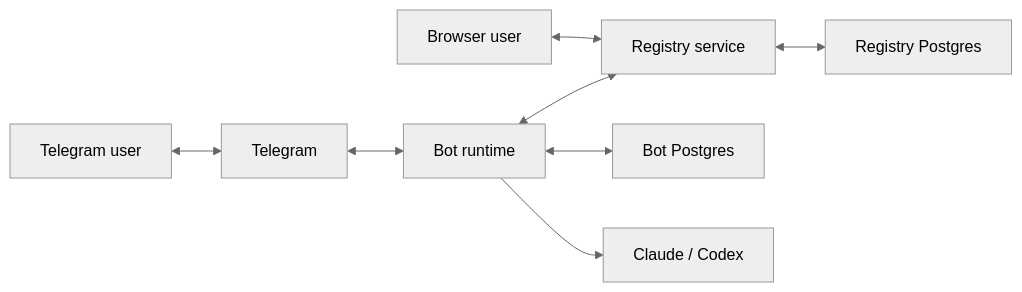
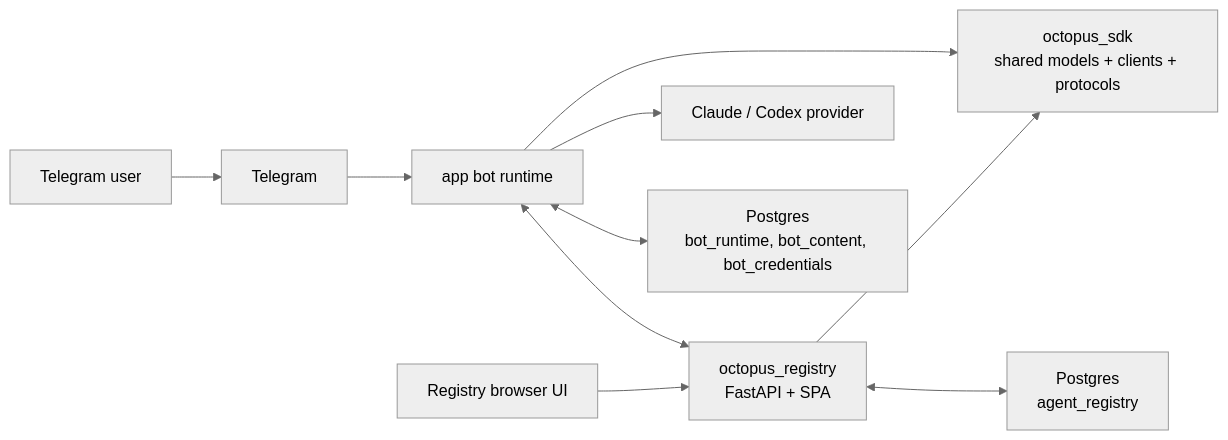
One commit to privacynow/octopus changed the first of 17 diagrams in docs/ARCHITECTURE.md. Above: the diagram before and after it, drawn with Mermaid (neutral theme). The commit also changed other lines of this file and 5 other files, not shown here.

````diff
--- a/docs/ARCHITECTURE.md
+++ b/docs/ARCHITECTURE.md
@@ -37,10 +51,12 @@
 ```mermaid
 flowchart LR
-    User["Telegram user"] <--> Telegram["Telegram"]
-    Operator["Browser user"] <--> Registry["Registry service"]
-    Telegram <--> Bot["Bot runtime"]
+    Browser["Registry browser UI"] --> Registry["octopus_registry<br/>FastAPI + SPA"]
+    TelegramUser["Telegram user"] --> Telegram["Telegram"]
+    Telegram --> Bot["app bot runtime"]
+    Bot --> Provider["Claude / Codex provider"]
     Bot <--> Registry
-    Registry <--> RegistryDb["Registry Postgres"]
-    Bot <--> BotDb["Bot Postgres"]
-    Bot --> Provider["Claude / Codex"]
+    Registry --> SDK["octopus_sdk<br/>shared models + clients + protocols"]
+    Bot --> SDK
+    Registry <--> RegistryDb["Postgres<br/>agent_registry"]
+    Bot <--> BotDb["Postgres<br/>bot_runtime, bot_content, bot_credentials"]
 ```
````
